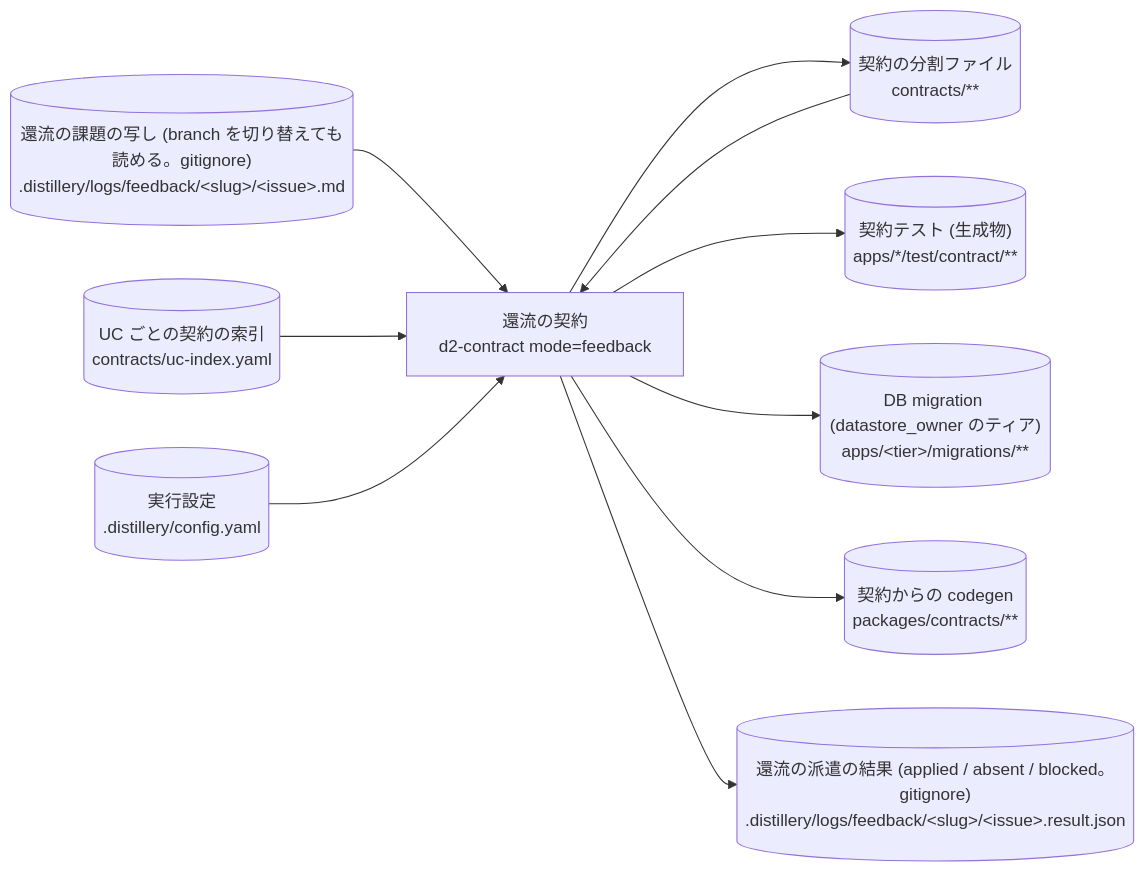
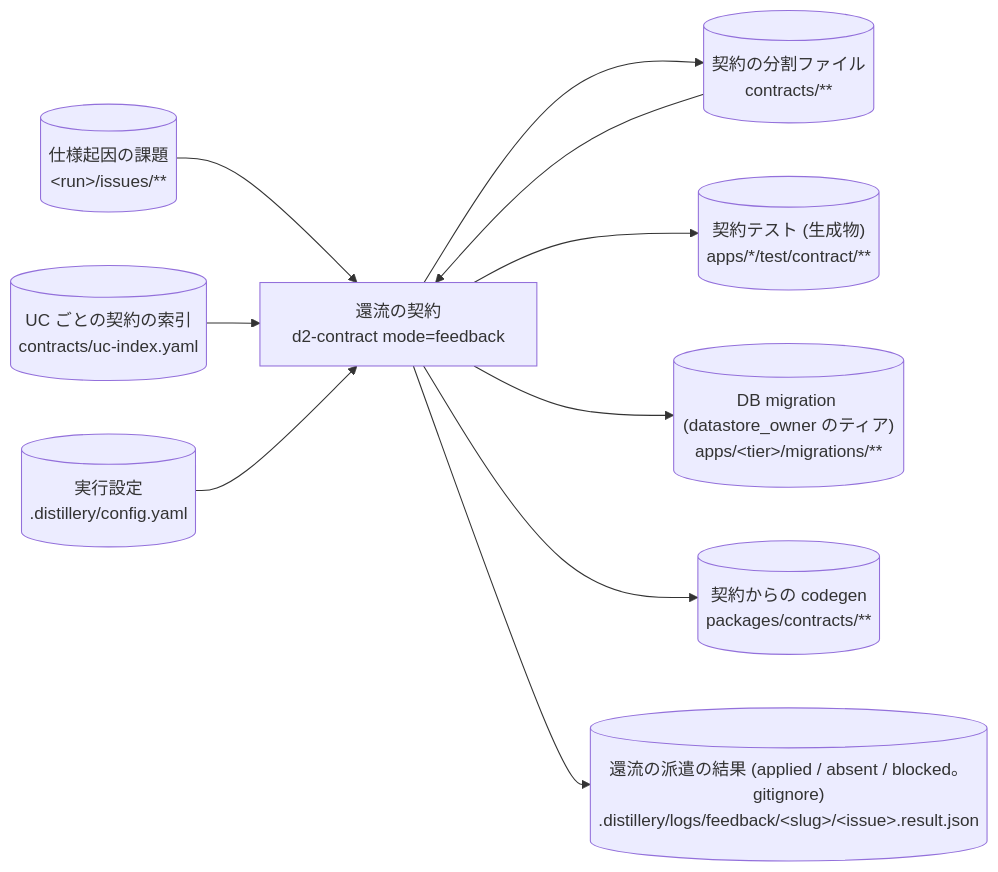
One commit to suwa-sh/suwa-sh-claude-plugins changed diagram 27 of 43 in plugins/distillery2/skills/d2-common/references/dataflow.md. Above: the diagram before and after it, drawn with Mermaid. The commit also changed other lines of this file and 20 other files, not shown here.

First line of the commit message:
feat(distillery2): PR / issue をやめ、配送と還流を git とファイルだけで完結させる (0.1.26)

````diff
--- a/plugins/distillery2/skills/d2-common/references/dataflow.md
+++ b/plugins/distillery2/skills/d2-common/references/dataflow.md
@@ -703,21 +703,21 @@
 ```mermaid
 flowchart LR
   p_contract_feedback["還流の契約<br/>d2-contract mode=feedback"]
-  s_feedback_issue_copy[("還流の課題の写し (branch を切り替えても読める。gitignore)<br/>.distillery/logs/feedback/#lt;slug#gt;/#lt;issue#gt;.md")]
+  s_issues[("仕様起因の課題<br/>#lt;run#gt;/issues/**")]
   s_contracts_src[("契約の分割ファイル<br/>contracts/**")]
   s_uc_index[("UC ごとの契約の索引<br/>contracts/uc-index.yaml")]
   s_config[("実行設定<br/>.distillery/config.yaml")]
   s_contract_tests[("契約テスト (生成物)<br/>apps/*/test/contract/**")]
   s_migrations[("DB migration (datastore_owner のティア)<br/>apps/#lt;tier#gt;/migrations/**")]
   s_contracts_code[("契約からの codegen<br/>packages/contracts/**")]
   s_feedback_result[("還流の派遣の結果 (applied / absent / blocked。gitignore)<br/>.distillery/logs/feedback/#lt;slug#gt;/#lt;issue#gt;.result.json")]
-  s_feedback_issue_copy --> p_contract_feedback
+  s_issues --> p_contract_feedback
   s_contracts_src --> p_contract_feedback
   s_uc_index --> p_contract_feedback
   s_config --> p_contract_feedback
   p_contract_feedback --> s_contracts_src
   p_contract_feedback --> s_contract_tests
   p_contract_feedback --> s_migrations
   p_contract_feedback --> s_contracts_code
   p_contract_feedback --> s_feedback_result
 ```
````
